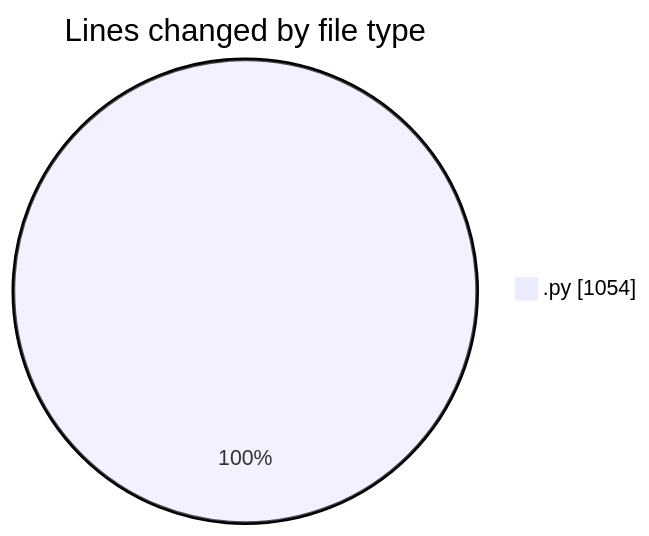
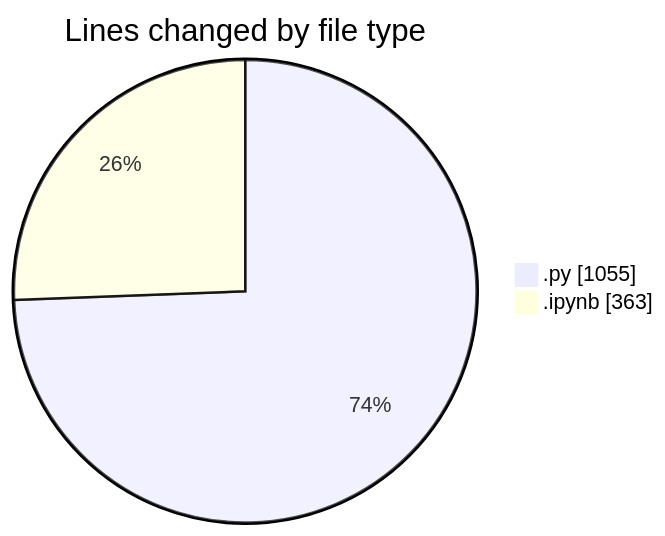
The first of 2 diagrams in 2025-11-15/untitled__workspace_/README.md (MatusMokan/code-tracking), drawn with Mermaid before and after one commit. The commit also changed other lines of this file and 1 other file, not shown here.

````diff
--- a/2025-11-15/untitled__workspace_/README.md
+++ b/2025-11-15/untitled__workspace_/README.md
@@ -21,5 +24,6 @@
 ```mermaid
 pie showData
 title Lines changed by file type
-".py" : 1054
+".py" : 1055
+".ipynb" : 363
 ```
````
